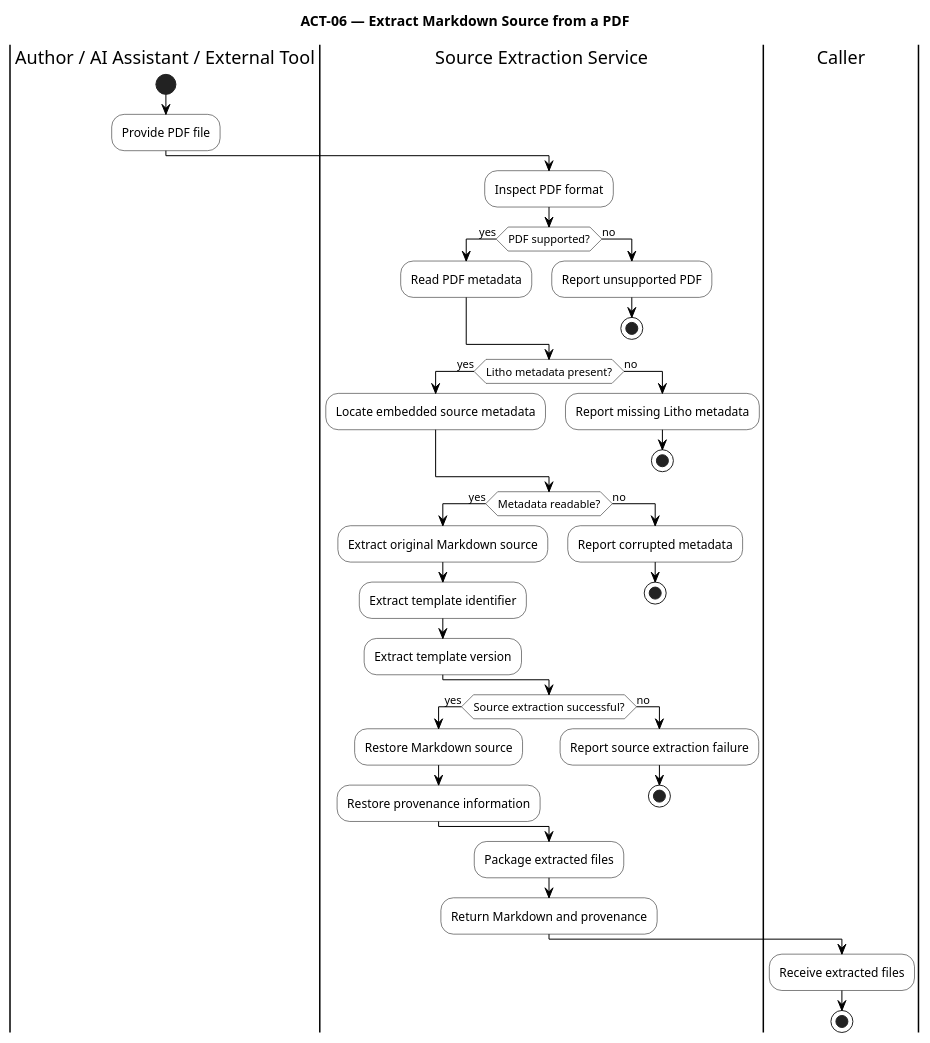
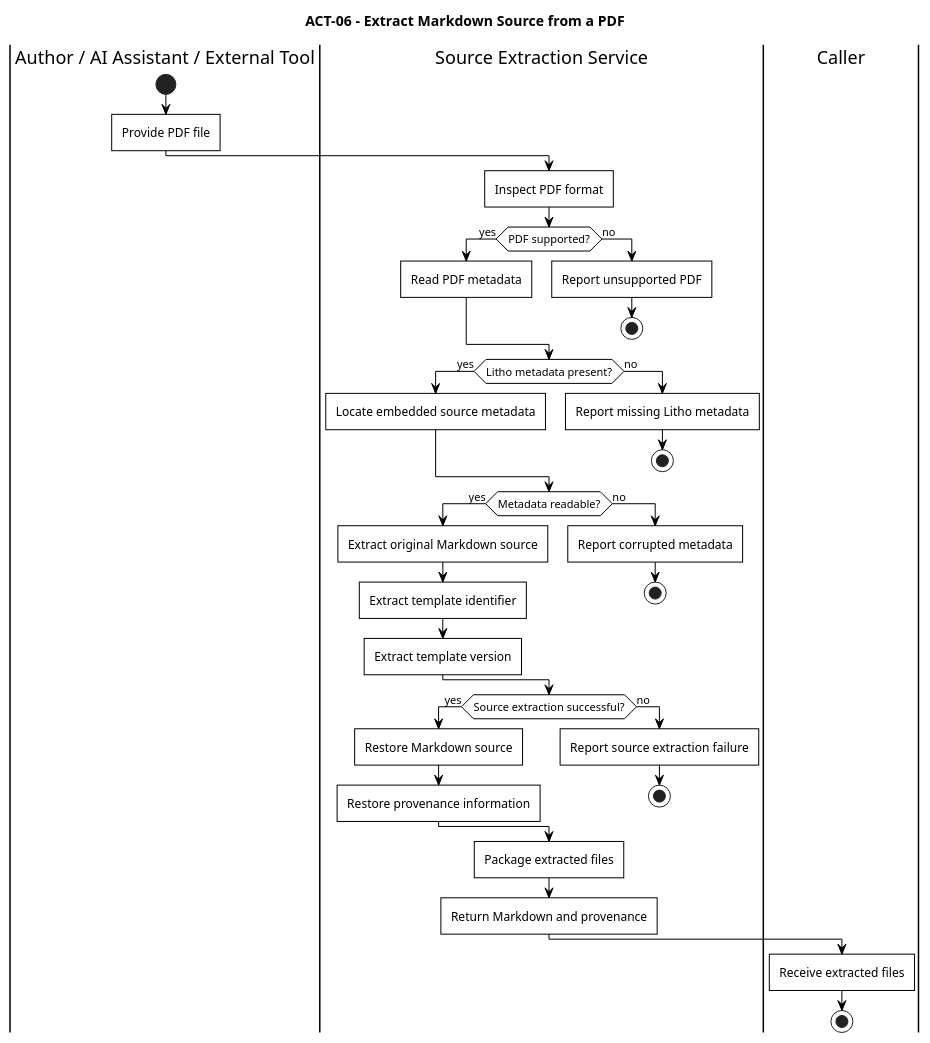
One commit to Litho-MD/uet-fyp-docs changed the diagram in diagrams/puml/activity/06-extract-source.puml. Above: the diagram before and after it, drawn with PlantUML. The commit also changed 38 other files, not shown here.

Commit message:
fix(diagrams): add diamond merge loops to userflows, square borders to activities, and align security review text

```diff
--- a/diagrams/puml/activity/06-extract-source.puml
+++ b/diagrams/puml/activity/06-extract-source.puml
@@ -1,60 +1,63 @@
 @startuml
-title ACT-06 — Extract Markdown Source from a PDF
+title ACT-06 - Extract Markdown Source from a PDF
 
 skinparam monochrome true
 skinparam backgroundColor white
 skinparam shadowing false
+skinparam roundCorner 0
+skinparam defaultTextAlignment center
+skinparam activityBorderThickness 1
 skinparam activity {
     BackgroundColor white
     BorderColor black
     FontColor black
     DiamondBackgroundColor white
     DiamondBorderColor black
 }
 skinparam ArrowColor black
 skinparam defaultFontColor black
 
 |Author / AI Assistant / External Tool|
 start
 :Provide PDF file;
 
 |Source Extraction Service|
 :Inspect PDF format;
 if (PDF supported?) then (yes)
     :Read PDF metadata;
 else (no)
     :Report unsupported PDF;
     stop
 endif
 
 if (Litho metadata present?) then (yes)
     :Locate embedded source metadata;
 else (no)
     :Report missing Litho metadata;
     stop
 endif
 
 if (Metadata readable?) then (yes)
     :Extract original Markdown source;
     :Extract template identifier;
     :Extract template version;
 else (no)
     :Report corrupted metadata;
     stop
 endif
 
 if (Source extraction successful?) then (yes)
     :Restore Markdown source;
     :Restore provenance information;
 else (no)
     :Report source extraction failure;
     stop
 endif
 
 :Package extracted files;
 :Return Markdown and provenance;
 
 |Caller|
 :Receive extracted files;
 stop
 @enduml
```
